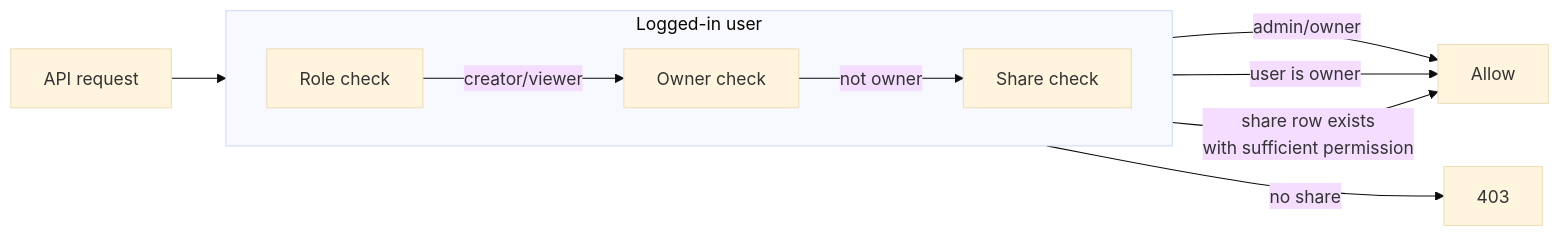
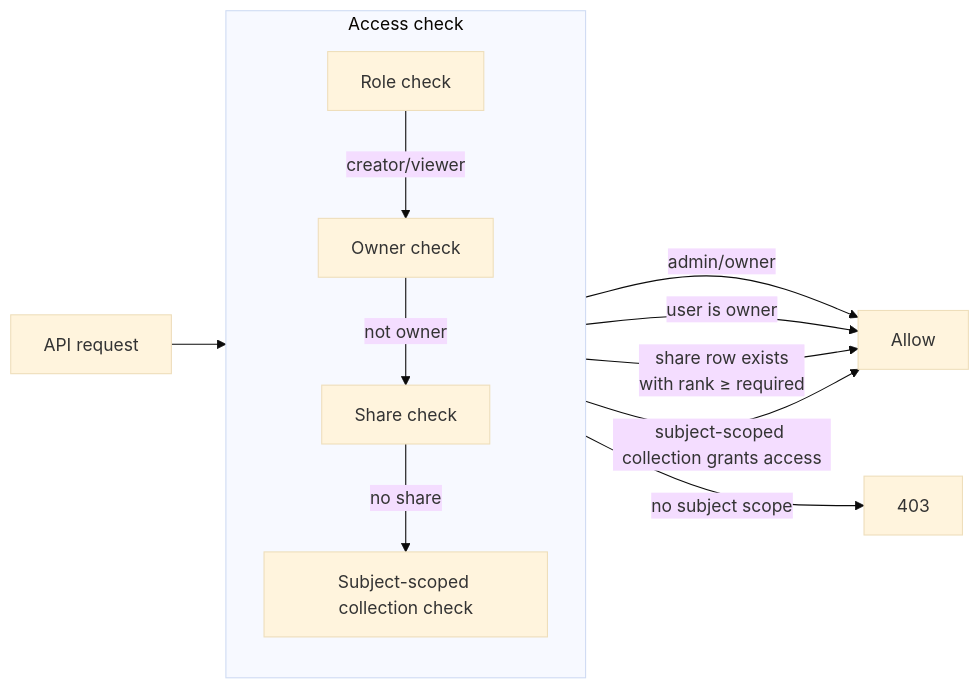
One commit to sarkar4777/abenix changed the fourth of 4 diagrams in apps/web/public/dev-docs/01-architecture/01-tenants-rbac.md. Above: the diagram before and after it, drawn with Mermaid (base theme). The commit also changed other lines of this file and 30 other files, not shown here.

````diff
--- a/apps/web/public/dev-docs/01-architecture/01-tenants-rbac.md
+++ b/apps/web/public/dev-docs/01-architecture/01-tenants-rbac.md
@@ -155,17 +258,20 @@
 ```mermaid
 flowchart LR
-  subgraph User["Logged-in user"]
-    direction LR
+  subgraph C["Access check"]
+    direction TB
     R[Role check]
     OS[Owner check]
     SC[Share check]
+    SUB[Subject-scoped collection check]
   end
 
   Req[API request] --> R
   R -->|admin/owner| Allow
   R -->|creator/viewer| OS
   OS -->|user is owner| Allow
   OS -->|not owner| SC
-  SC -->|share row exists<br/>with sufficient permission| Allow
-  SC -->|no share| Deny[403]
+  SC -->|share row exists<br/>with rank ≥ required| Allow
+  SC -->|no share| SUB
+  SUB -->|subject-scoped collection grants access| Allow
+  SUB -->|no subject scope| Deny[403]
 ```
````
